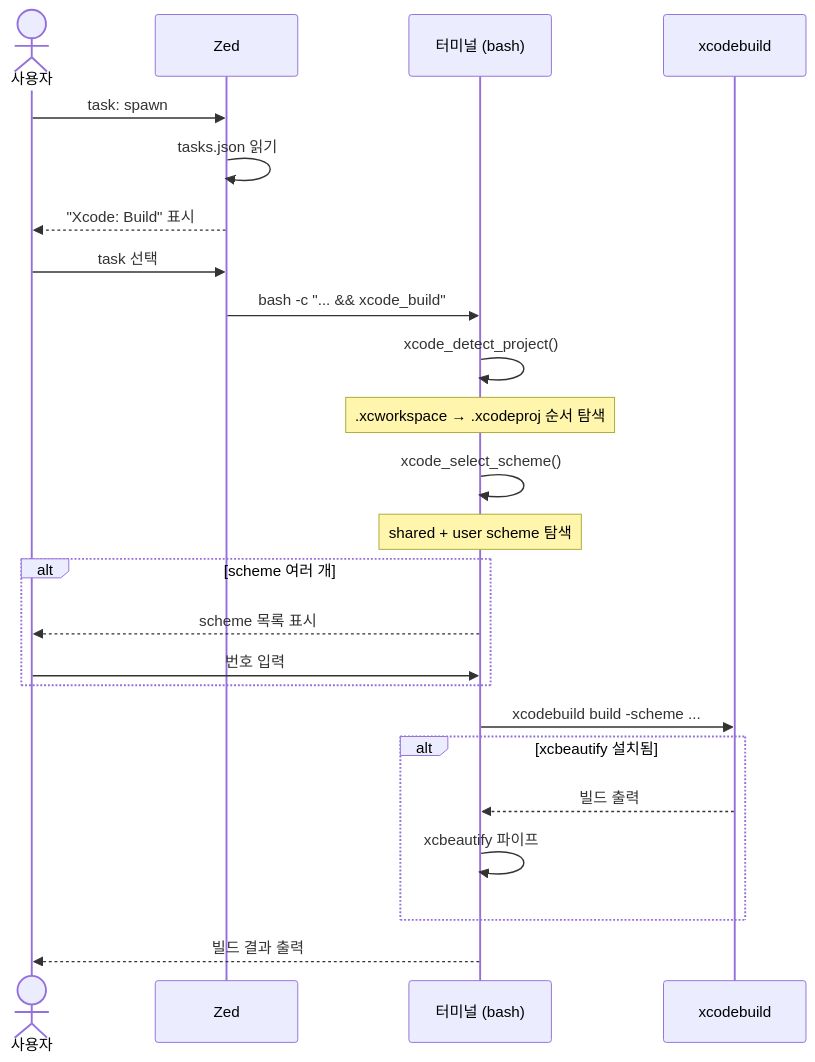
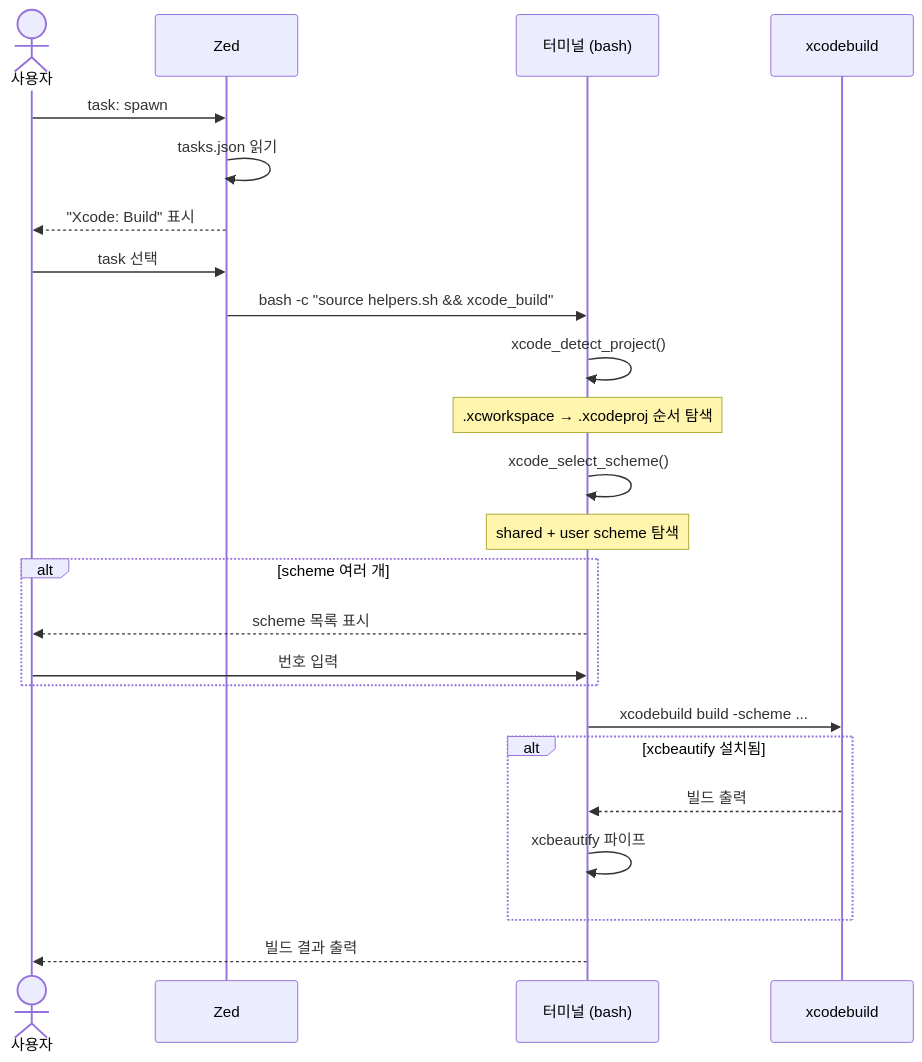
The second of 11 diagrams in docs/architecture.md (10000DOO/Alternative-Xcode), drawn with Mermaid before and after one commit. The commit also changed other lines of this file and 2 other files, not shown here.

First line of the commit message:
fix: correct DAP types, use worktree.which(), bundle helpers.sh

````diff
--- a/docs/architecture.md
+++ b/docs/architecture.md
@@ -65,32 +68,32 @@
 ```mermaid
 sequenceDiagram
     actor User as 사용자
     participant Zed
     participant Term as 터미널 (bash)
     participant XCB as xcodebuild
 
     User->>Zed: task: spawn
     Zed->>Zed: tasks.json 읽기
     Zed-->>User: "Xcode: Build" 표시
     User->>Zed: task 선택
 
-    Zed->>Term: bash -c "... && xcode_build"
+    Zed->>Term: bash -c "source helpers.sh && xcode_build"
     Term->>Term: xcode_detect_project()
     Note over Term: .xcworkspace → .xcodeproj 순서 탐색
     Term->>Term: xcode_select_scheme()
     Note over Term: shared + user scheme 탐색
 
     alt scheme 여러 개
         Term-->>User: scheme 목록 표시
         User->>Term: 번호 입력
     end
 
     Term->>XCB: xcodebuild build -scheme ...
 
     alt xcbeautify 설치됨
         XCB-->>Term: 빌드 출력
         Term->>Term: xcbeautify 파이프
     end
 
     Term-->>User: 빌드 결과 출력
 ```
````
